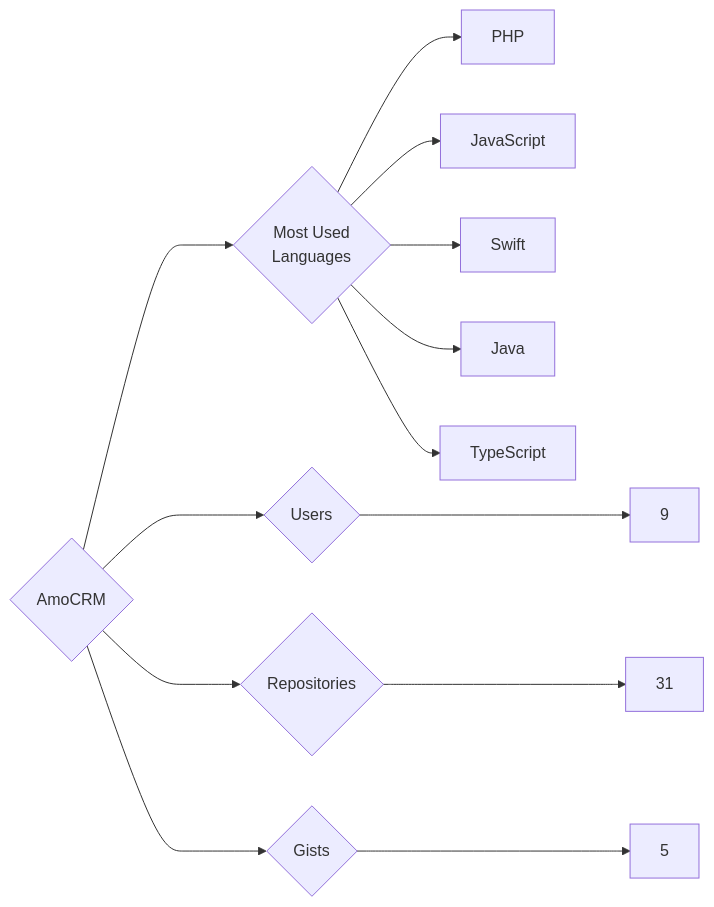
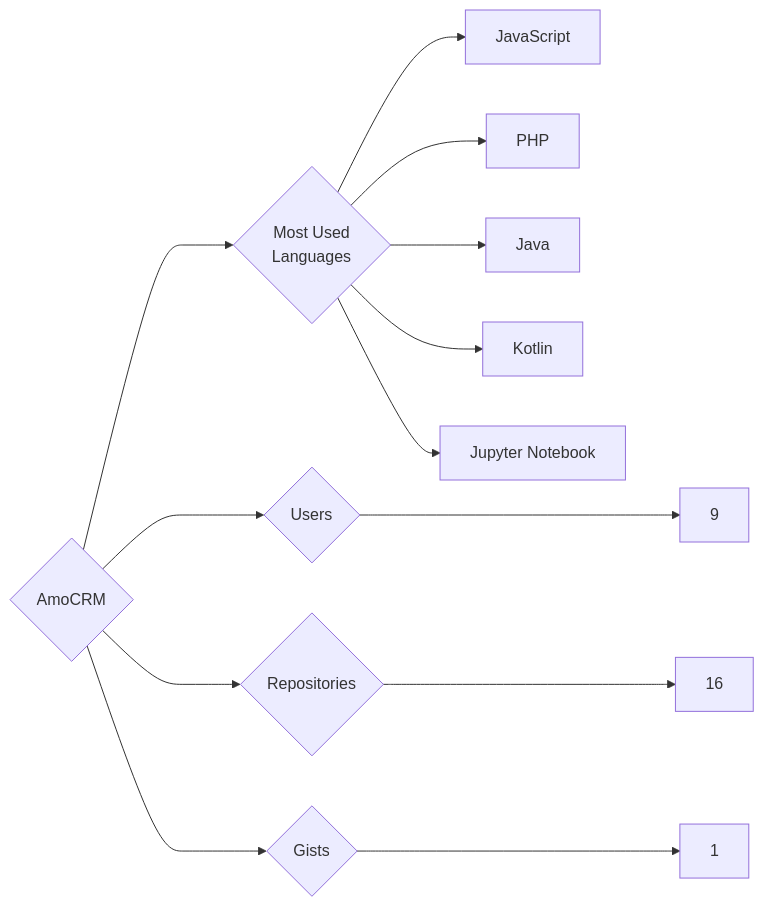
One commit to trickest/insiders changed the diagram in targets/AmoCRM/README.md. Above: the diagram before and after it, drawn with Mermaid. The commit also changed 865 other files, not shown here.

````diff
--- a/targets/AmoCRM/README.md
+++ b/targets/AmoCRM/README.md
@@ -3,13 +3,13 @@
 ```mermaid
 graph LR
 COMPANY_NAME{AmoCRM}
 COMPANY_NAME ---> U{Users} ---> UN[9]
-COMPANY_NAME ---> R{Repositories} ---> RN[31]
-COMPANY_NAME ---> G{Gists} ---> GN[5]
+COMPANY_NAME ---> R{Repositories} ---> RN[16]
+COMPANY_NAME ---> G{Gists} ---> GN[1]
 COMPANY_NAME ---> ML{Most Used<br>Languages}
+ML --> JavaScript[JavaScript]
 ML --> PHP[PHP]
-ML --> JavaScript[JavaScript]
-ML --> Swift[Swift]
 ML --> Java[Java]
-ML --> TypeScript[TypeScript]
+ML --> Kotlin[Kotlin]
+ML --> Jupyter_Notebook[Jupyter Notebook]
 ```
````
